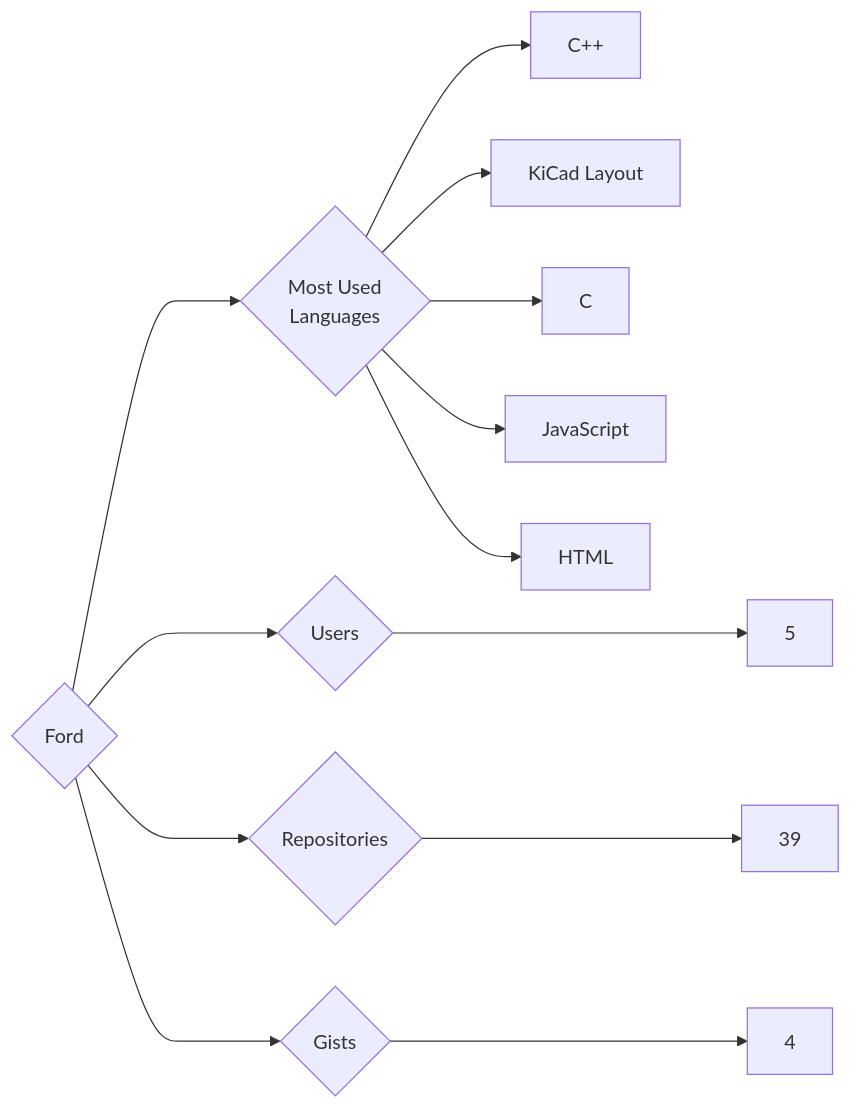
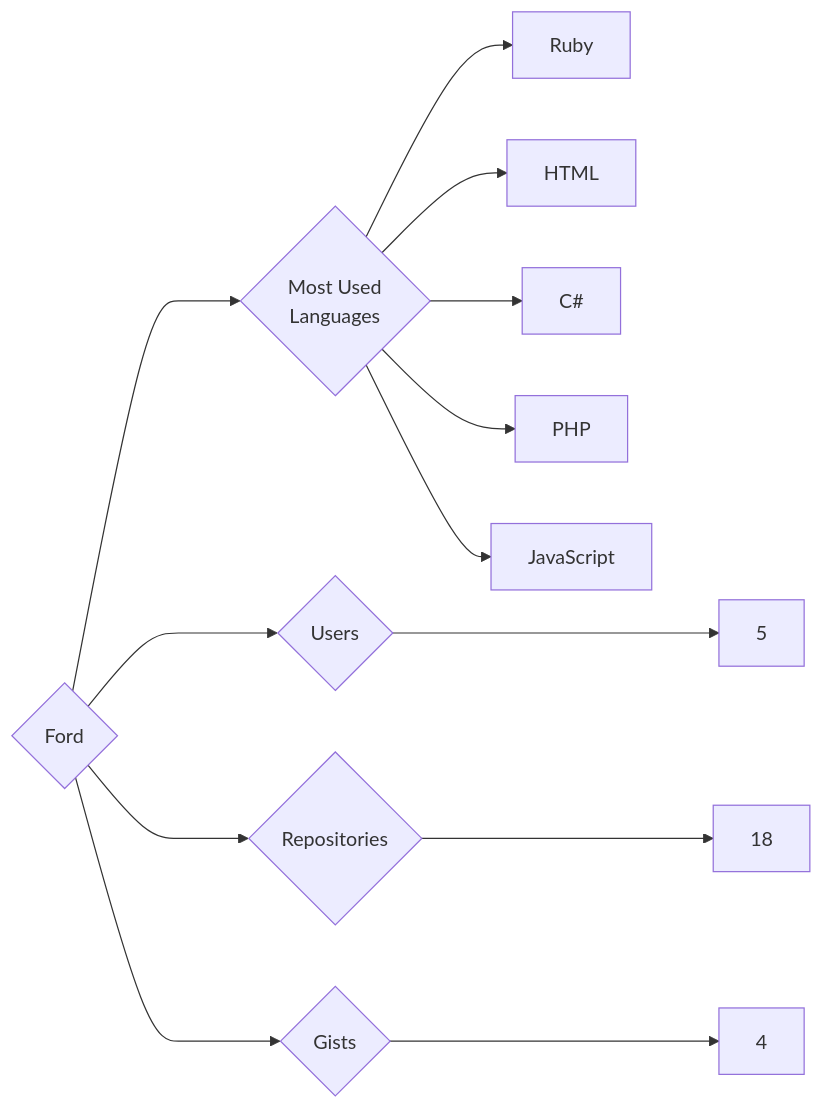
Before and after one commit to trickest/insiders: the diagram in targets/Ford/README.md, drawn with Mermaid. The commit also changed 880 other files, not shown here.

````diff
--- a/targets/Ford/README.md
+++ b/targets/Ford/README.md
@@ -3,13 +3,13 @@
 ```mermaid
 graph LR
 COMPANY_NAME{Ford}
 COMPANY_NAME ---> U{Users} ---> UN[5]
-COMPANY_NAME ---> R{Repositories} ---> RN[39]
+COMPANY_NAME ---> R{Repositories} ---> RN[18]
 COMPANY_NAME ---> G{Gists} ---> GN[4]
 COMPANY_NAME ---> ML{Most Used<br>Languages}
-ML --> C++[C++]
-ML --> KiCad_Layout[KiCad Layout]
-ML --> C[C]
+ML --> Ruby[Ruby]
+ML --> HTML[HTML]
+ML --> C#[C#]
+ML --> PHP[PHP]
 ML --> JavaScript[JavaScript]
-ML --> HTML[HTML]
 ```
````
